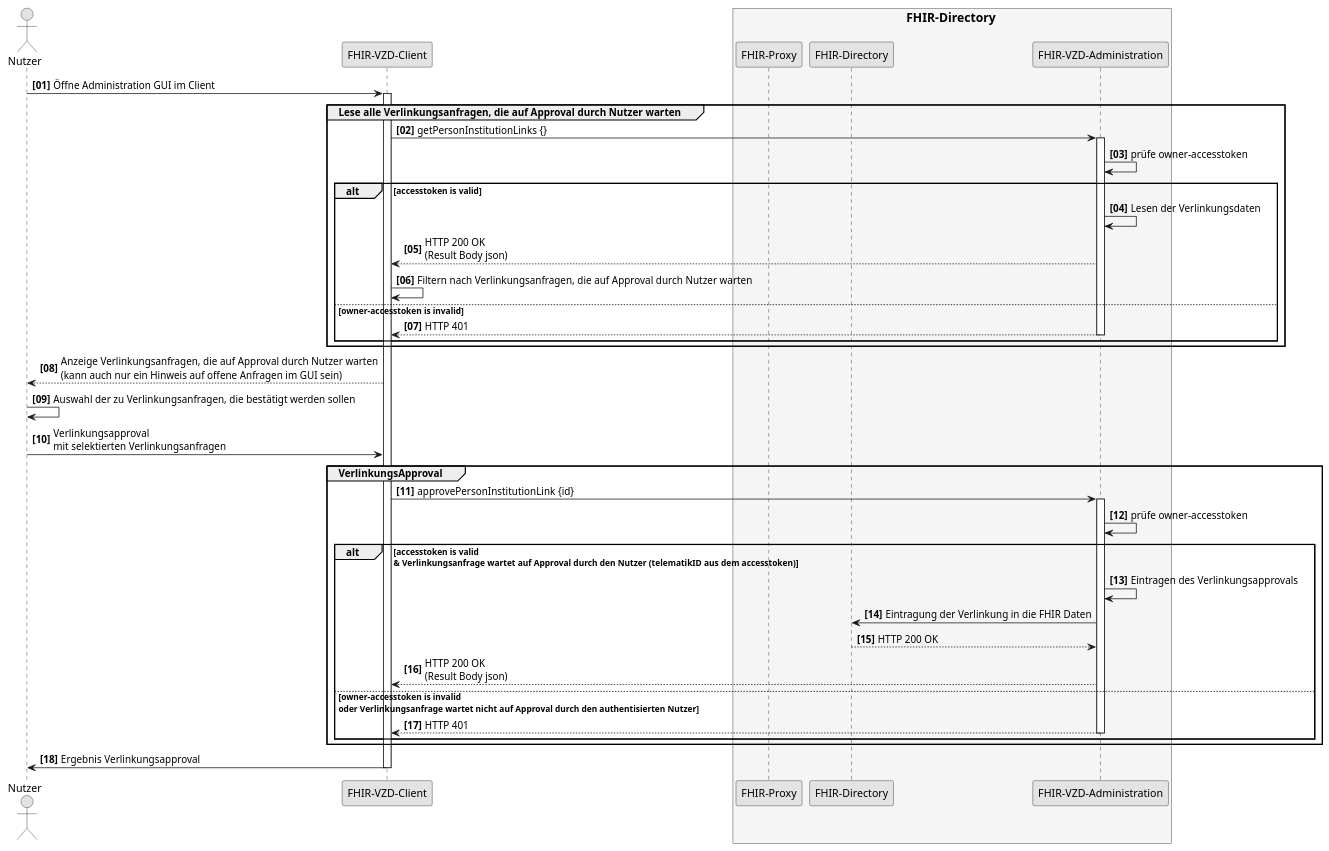
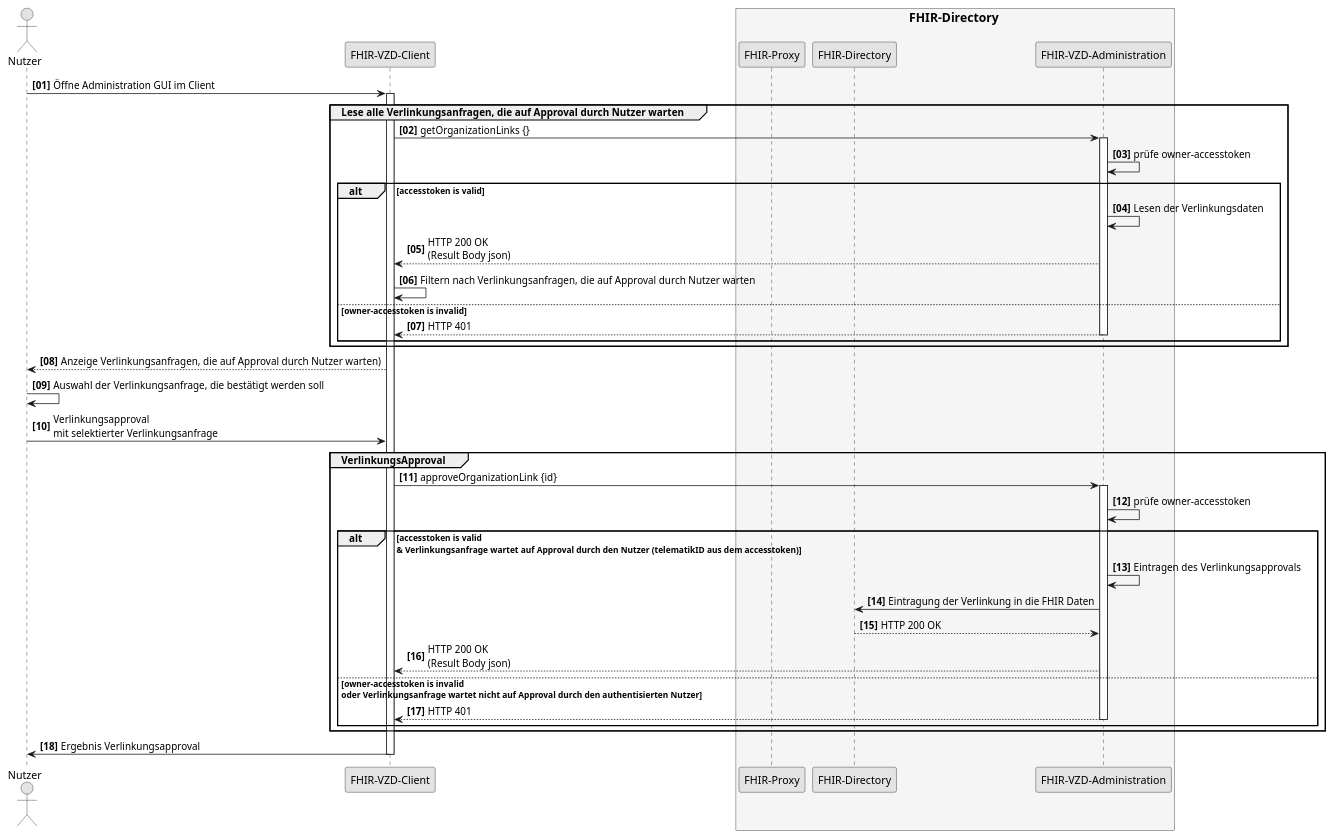
Before and after one commit to gematik/api-vzd: the diagram in src/plantuml/SequenceDiagram.FHIR_AF_10476_confirmLink.puml, drawn with PlantUML.

```diff
--- a/src/plantuml/SequenceDiagram.FHIR_AF_10476_confirmLink.puml
+++ b/src/plantuml/SequenceDiagram.FHIR_AF_10476_confirmLink.puml
@@ -1,61 +1,61 @@
 @startuml SequenceDiagram.FHIR-Directory.linkApproval
 skinparam dpi 100
 skinparam WrapWidth 200
 skinparam monochrome true
 autonumber "<b>[00]"
 
-'title "FHIR-Directory, Sequenzdiagram link approval'
+'title "FHIR-Directory, Bestätigen einer Verlinkungsanfrage für zwei Organisationen mit verschiedenen Telematik-IDs'
 actor Nutzer
 participant cl as "FHIR-VZD-Client"
 box <size:16>FHIR-Directory</size> #WhiteSmoke
   participant fp as "FHIR-Proxy"
   participant fd as "FHIR-Directory"
   participant fa as "FHIR-VZD-Administration"
 end box
 
 Nutzer -> cl:Öffne Administration GUI im Client
 activate cl
 
 
 group Lese alle Verlinkungsanfragen, die auf Approval durch Nutzer warten
-  cl -> fa: getPersonInstitutionLinks {}
+  cl -> fa: getOrganizationLinks {}
   activate fa
   fa -> fa: prüfe owner-accesstoken
 
     alt accesstoken is valid
       fa -> fa: Lesen der Verlinkungsdaten
       fa --> cl: HTTP 200 OK\n(Result Body json)
       cl -> cl: Filtern nach Verlinkungsanfragen, die auf Approval durch Nutzer warten
       
      else owner-accesstoken is invalid
       fa --> cl: HTTP 401
       deactivate fa
      end
 end
 
-cl --> Nutzer:Anzeige Verlinkungsanfragen, die auf Approval durch Nutzer warten\n(kann auch nur ein Hinweis auf offene Anfragen im GUI sein) 
-Nutzer -> Nutzer: Auswahl der zu Verlinkungsanfragen, die bestätigt werden sollen
-Nutzer -> cl: Verlinkungsapproval \nmit selektierten Verlinkungsanfragen
+cl --> Nutzer:Anzeige Verlinkungsanfragen, die auf Approval durch Nutzer warten) 
+Nutzer -> Nutzer: Auswahl der Verlinkungsanfrage, die bestätigt werden soll
+Nutzer -> cl: Verlinkungsapproval \nmit selektierter Verlinkungsanfrage
 
 group VerlinkungsApproval
-  cl -> fa: approvePersonInstitutionLink {id}
+  cl -> fa: approveOrganizationLink {id}
   activate fa
   fa -> fa: prüfe owner-accesstoken
 
     alt accesstoken is valid \n& Verlinkungsanfrage wartet auf Approval durch den Nutzer (telematikID aus dem accesstoken)
       fa -> fa: Eintragen des Verlinkungsapprovals
       fa -> fd: Eintragung der Verlinkung in die FHIR Daten
       fd --> fa: HTTP 200 OK
       fa --> cl: HTTP 200 OK\n(Result Body json)
       
      else owner-accesstoken is invalid\noder Verlinkungsanfrage wartet nicht auf Approval durch den authentisierten Nutzer
       fa --> cl: HTTP 401
       deactivate fa
      end
 end
 
 cl -> Nutzer: Ergebnis Verlinkungsapproval
 
 deactivate cl
 
 @enduml
```
